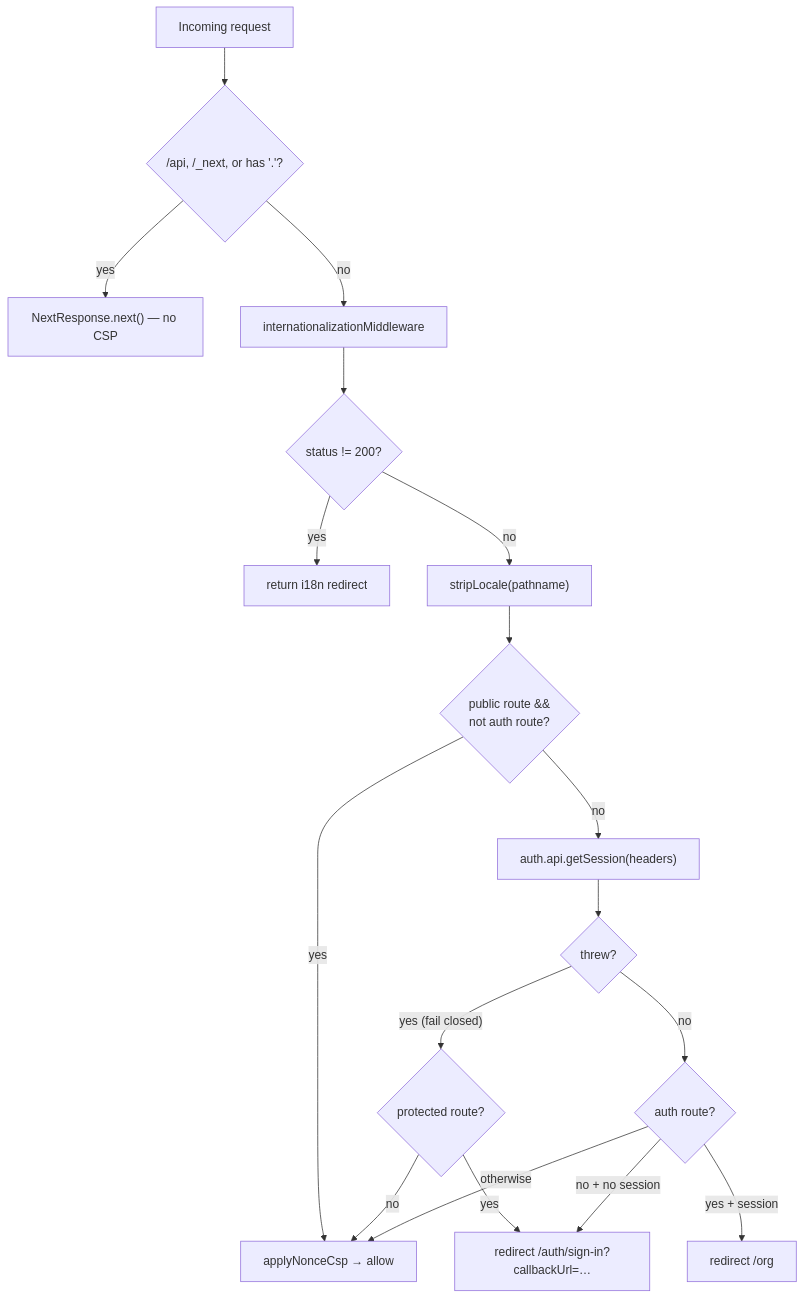
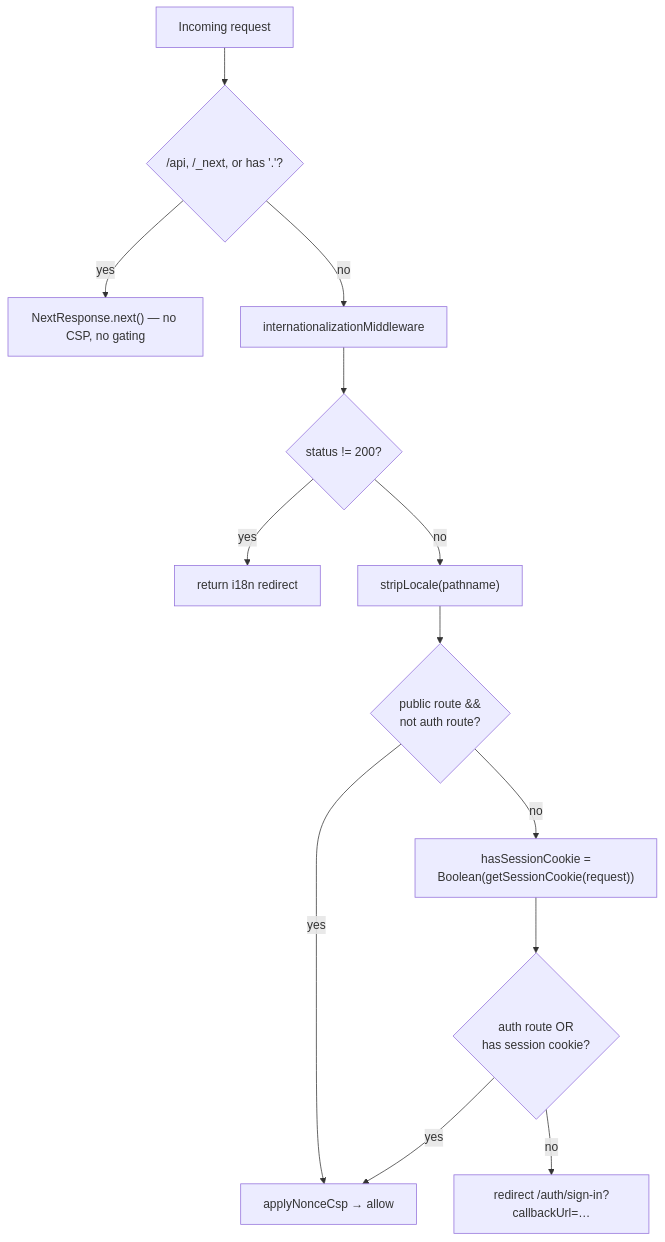
One commit to saasprokit-com/saasprokit changed the diagram in apps/docs/content/docs/authentication/sessions-and-routing.mdx. Above: the diagram before and after it, drawn with Mermaid. The commit also changed other lines of this file and 16 other files, not shown here.

````diff
--- a/apps/docs/content/docs/authentication/sessions-and-routing.mdx
+++ b/apps/docs/content/docs/authentication/sessions-and-routing.mdx
@@ -57,20 +59,15 @@
 ```mermaid
 flowchart TD
     Req["Incoming request"] --> Skip{"/api, /_next, or has '.'?"}
-    Skip -->|"yes"| Pass["NextResponse.next() — no CSP"]
+    Skip -->|"yes"| Pass["NextResponse.next() — no CSP, no gating"]
     Skip -->|"no"| I18n["internationalizationMiddleware"]
     I18n --> I18nCheck{"status != 200?"}
     I18nCheck -->|"yes"| Redirect1["return i18n redirect"]
     I18nCheck -->|"no"| Strip["stripLocale(pathname)"]
     Strip --> Public{"public route &&<br/>not auth route?"}
     Public -->|"yes"| CSP["applyNonceCsp → allow"]
-    Public -->|"no"| Session["auth.api.getSession(headers)"]
-    Session --> Throws{"threw?"}
-    Throws -->|"yes (fail closed)"| Protected1{"protected route?"}
-    Protected1 -->|"yes"| ToSignIn["redirect /auth/sign-in?callbackUrl=…"]
-    Protected1 -->|"no"| CSP
-    Throws -->|"no"| AuthRoute{"auth route?"}
-    AuthRoute -->|"yes + session"| ToOrg["redirect /org"]
-    AuthRoute -->|"no + no session"| ToSignIn
-    AuthRoute -->|"otherwise"| CSP
+    Public -->|"no"| Cookie["hasSessionCookie =<br/>Boolean(getSessionCookie(request))"]
+    Cookie --> Gate{"auth route OR<br/>has session cookie?"}
+    Gate -->|"no"| ToSignIn["redirect /auth/sign-in?callbackUrl=…"]
+    Gate -->|"yes"| CSP
 ```
````
